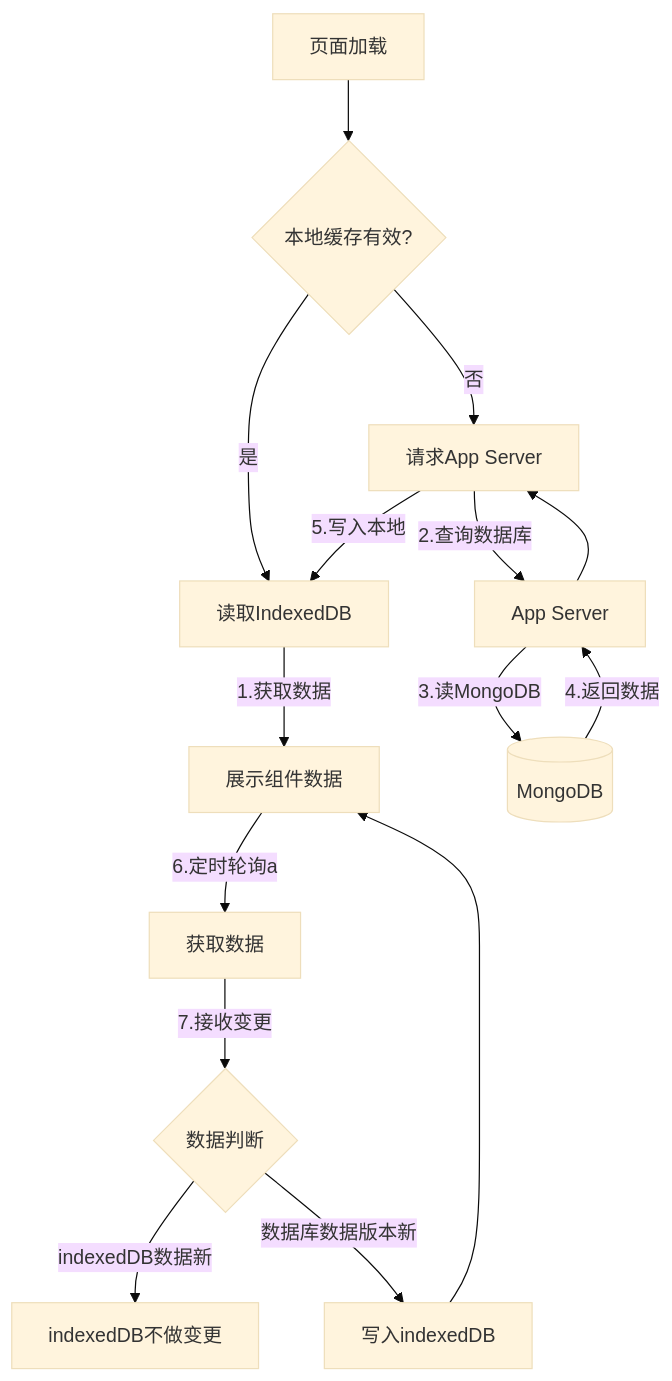
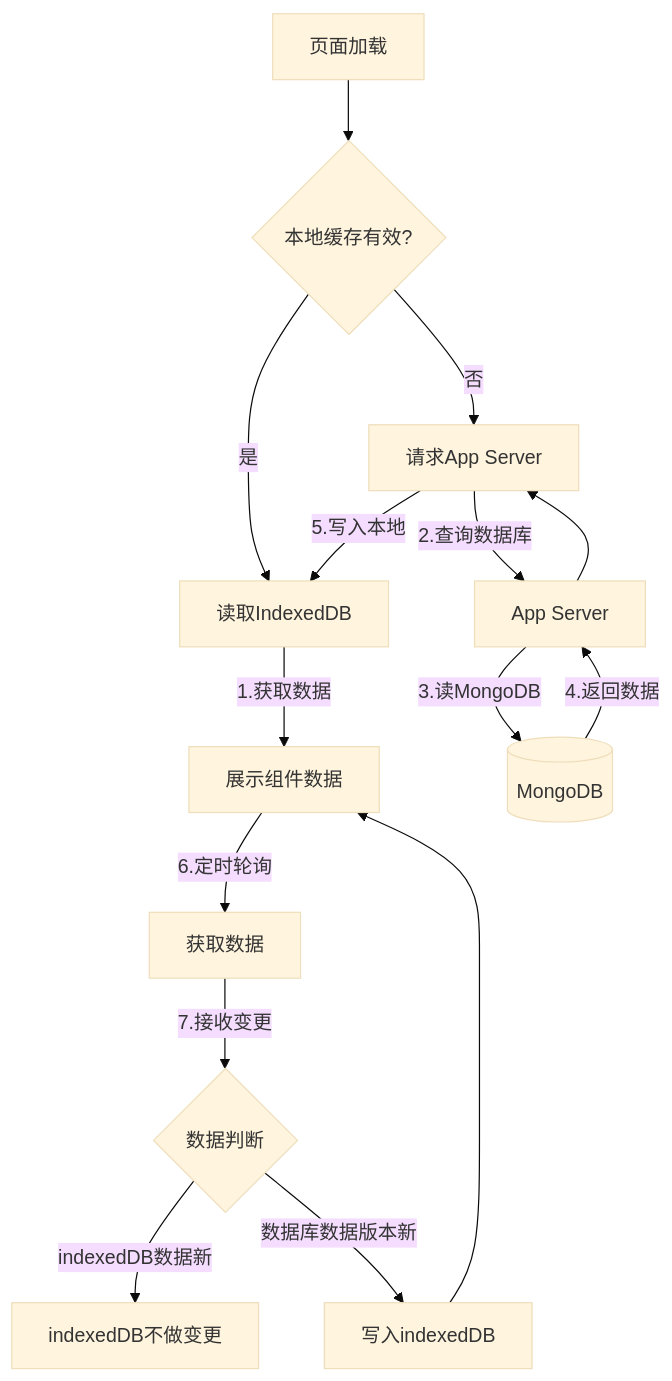
The diagram in all/未命名-21.md (yingjianzh/iodraw-files), drawn with Mermaid (base theme) before and after one commit.

Commit message:
2025-02-18 11:48:24 update

````diff
--- a/all/未命名-21.md
+++ b/all/未命名-21.md
@@ -1,18 +1,18 @@
 ```mermaid
 
 graph TD
     A[页面加载] --> B{本地缓存有效?}
     B -->|是| C[读取IndexedDB]
     B -->|否| D[请求App Server]
     C -->|1.获取数据| E[展示组件数据]
     D -->|2.查询数据库| F[App Server]
     F -->|3.读MongoDB| G[(MongoDB)]
     G -->|4.返回数据| F --> D
     D -->|5.写入本地| C
-    E -->|6.定时轮询a| H[获取数据]
+    E -->|6.定时轮询| H[获取数据]
     H -->|7.接收变更| I{数据判断}
     I -->|indexedDB数据新| J[indexedDB不做变更]
     I -->|数据库数据版本新| K[写入indexedDB]
     K --> E
 
 ```
````
